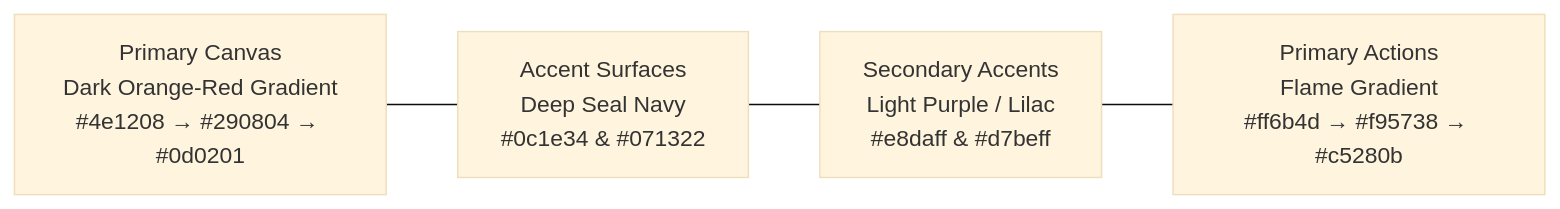
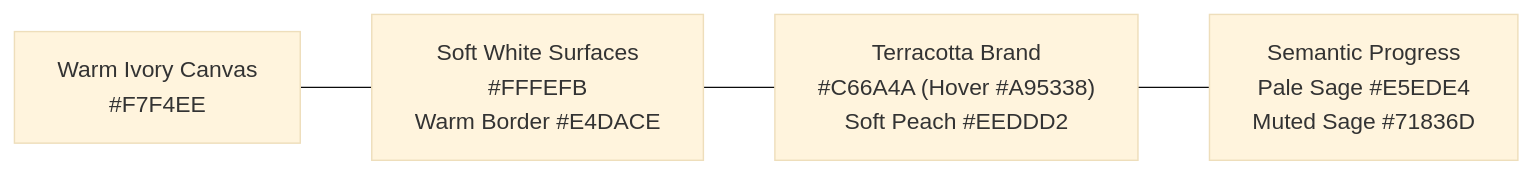
Before and after one commit to Anish-develops/Frontend-Files: the first of 2 diagrams in docs/01_PROJECT_OVERVIEW.md, drawn with Mermaid (base theme). The commit also changed other lines of this file and 35 other files, not shown here.

````diff
--- a/docs/01_PROJECT_OVERVIEW.md
+++ b/docs/01_PROJECT_OVERVIEW.md
@@ -35,6 +35,6 @@
 ```mermaid
 flowchart LR
-    A["Primary Canvas<br/>Dark Orange-Red Gradient<br/>#4e1208 → #290804 → #0d0201"] --- B["Accent Surfaces<br/>Deep Seal Navy<br/>#0c1e34 & #071322"]
-    B --- C["Secondary Accents<br/>Light Purple / Lilac<br/>#e8daff & #d7beff"]
-    C --- D["Primary Actions<br/>Flame Gradient<br/>#ff6b4d → #f95738 → #c5280b"]
+    A["Warm Ivory Canvas<br/>#F7F4EE"] --- B["Soft White Surfaces<br/>#FFFEFB<br/>Warm Border #E4DACE"]
+    B --- C["Terracotta Brand<br/>#C66A4A (Hover #A95338)<br/>Soft Peach #EEDDD2"]
+    C --- D["Semantic Progress<br/>Pale Sage #E5EDE4<br/>Muted Sage #71836D"]
 ```
````
